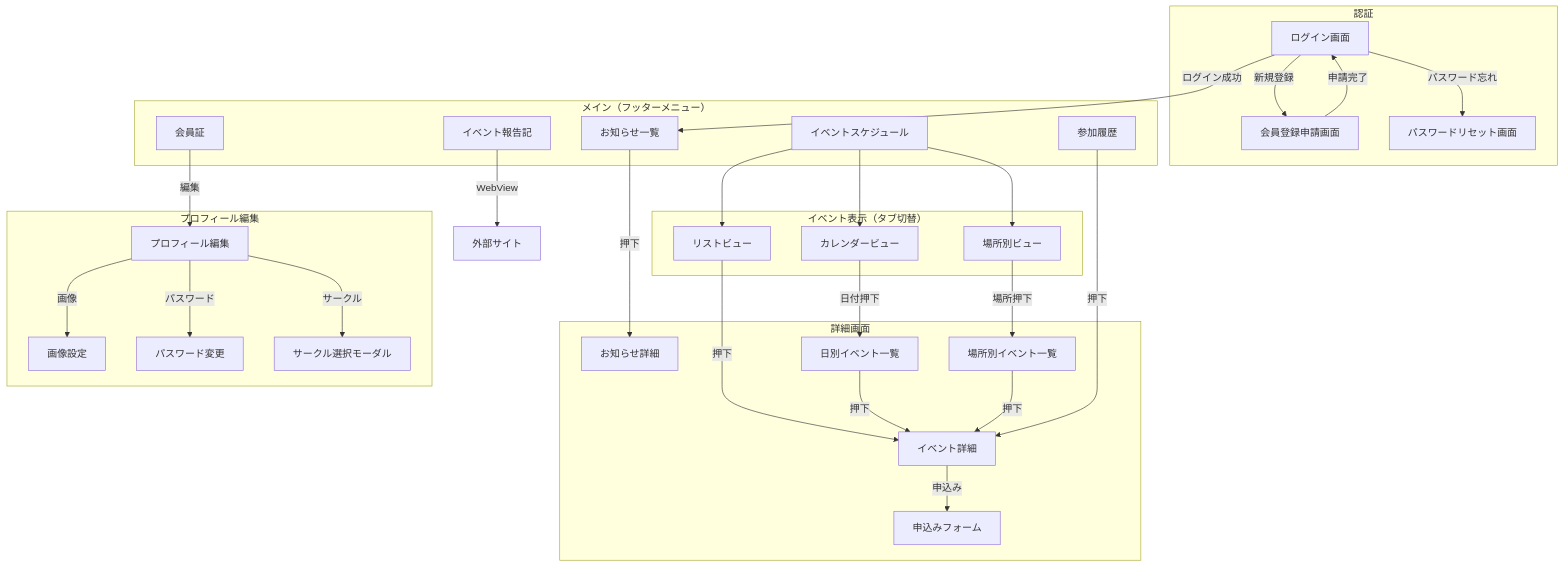
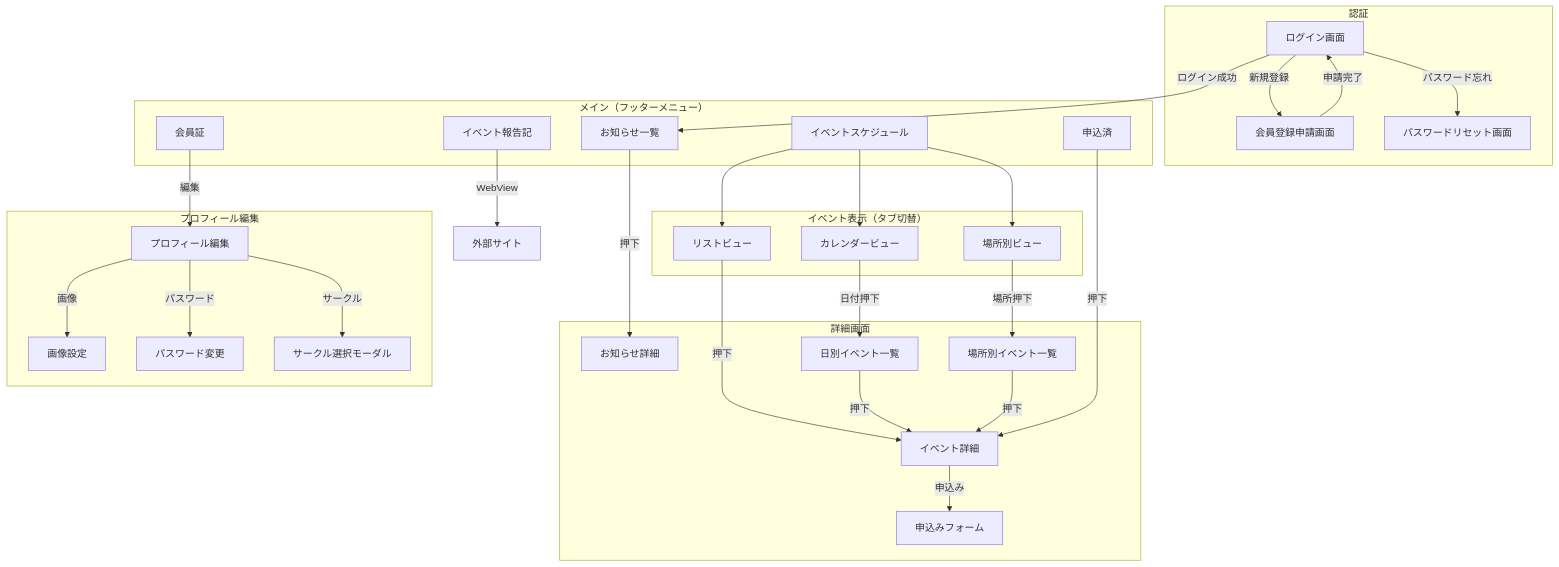
One commit to mackey55555/ceo_club_app changed the sixth of 12 diagrams in event-app-design.md. Above: the diagram before and after it, drawn with Mermaid. The commit also changed other lines of this file and 24 other files, not shown here.

````diff
--- a/event-app-design.md
+++ b/event-app-design.md
@@ -397,59 +397,59 @@
 ```mermaid
 flowchart TD
     subgraph Auth["認証"]
         LOGIN["ログイン画面"]
         REGISTER["会員登録申請画面"]
         RESET_PW["パスワードリセット画面"]
     end
 
     subgraph Main["メイン（フッターメニュー）"]
         NEWS["お知らせ一覧"]
         EVENT["イベントスケジュール"]
-        HISTORY["参加履歴"]
+        HISTORY["申込済"]
         REPORT["イベント報告記"]
         MEMBER["会員証"]
     end
 
     subgraph EventViews["イベント表示（タブ切替）"]
         LIST_VIEW["リストビュー"]
         CALENDAR_VIEW["カレンダービュー"]
         VENUE_VIEW["場所別ビュー"]
     end
 
     subgraph Detail["詳細画面"]
         NEWS_DETAIL["お知らせ詳細"]
         EVENT_DETAIL["イベント詳細"]
         EVENT_APPLY["申込みフォーム"]
         DAY_EVENTS["日別イベント一覧"]
         VENUE_EVENTS["場所別イベント一覧"]
     end
 
     subgraph Profile["プロフィール編集"]
         EDIT_PROFILE["プロフィール編集"]
         EDIT_IMAGE["画像設定"]
         EDIT_PW["パスワード変更"]
         EDIT_CIRCLE["サークル選択モーダル"]
     end
 
     LOGIN -->|ログイン成功| NEWS
     LOGIN -->|新規登録| REGISTER
     LOGIN -->|パスワード忘れ| RESET_PW
     REGISTER -->|申請完了| LOGIN
 
     NEWS -->|押下| NEWS_DETAIL
     EVENT --> LIST_VIEW
     EVENT --> CALENDAR_VIEW
     EVENT --> VENUE_VIEW
     LIST_VIEW -->|押下| EVENT_DETAIL
     CALENDAR_VIEW -->|日付押下| DAY_EVENTS
     DAY_EVENTS -->|押下| EVENT_DETAIL
     VENUE_VIEW -->|場所押下| VENUE_EVENTS
     VENUE_EVENTS -->|押下| EVENT_DETAIL
     EVENT_DETAIL -->|申込み| EVENT_APPLY
     HISTORY -->|押下| EVENT_DETAIL
     REPORT -->|WebView| EXT["外部サイト"]
     MEMBER -->|編集| EDIT_PROFILE
     EDIT_PROFILE -->|画像| EDIT_IMAGE
     EDIT_PROFILE -->|パスワード| EDIT_PW
     EDIT_PROFILE -->|サークル| EDIT_CIRCLE
 ```
````
